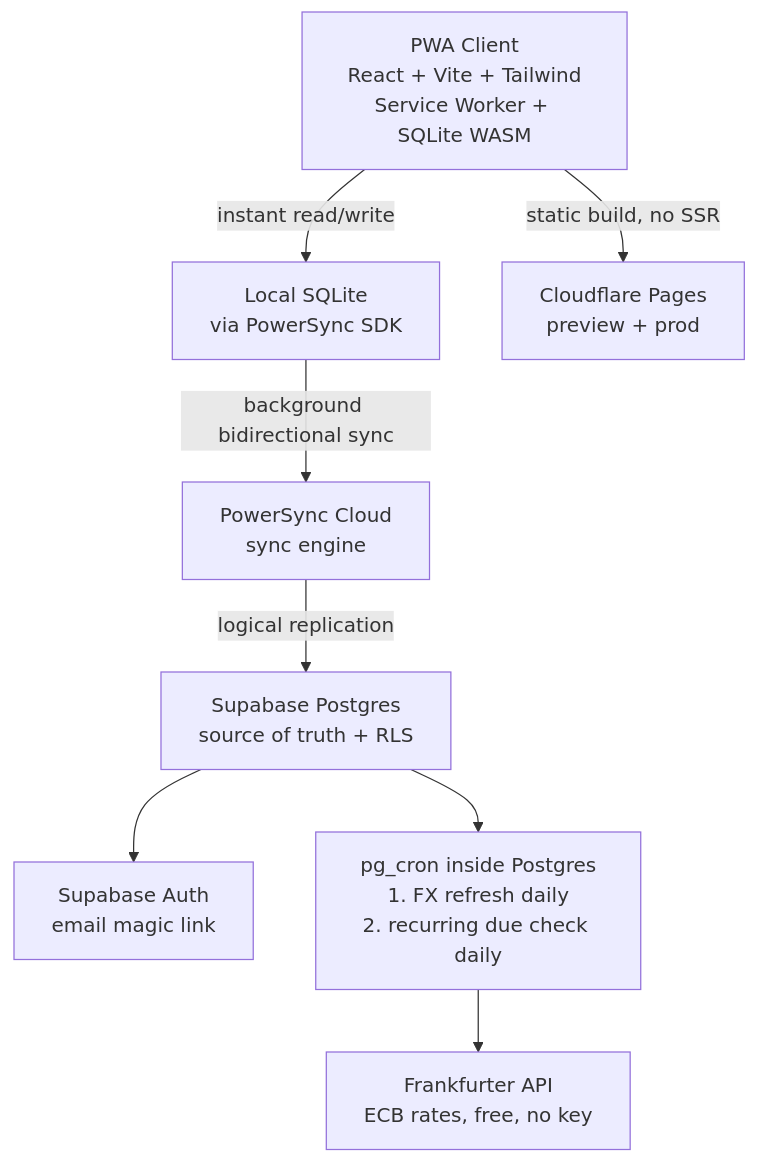
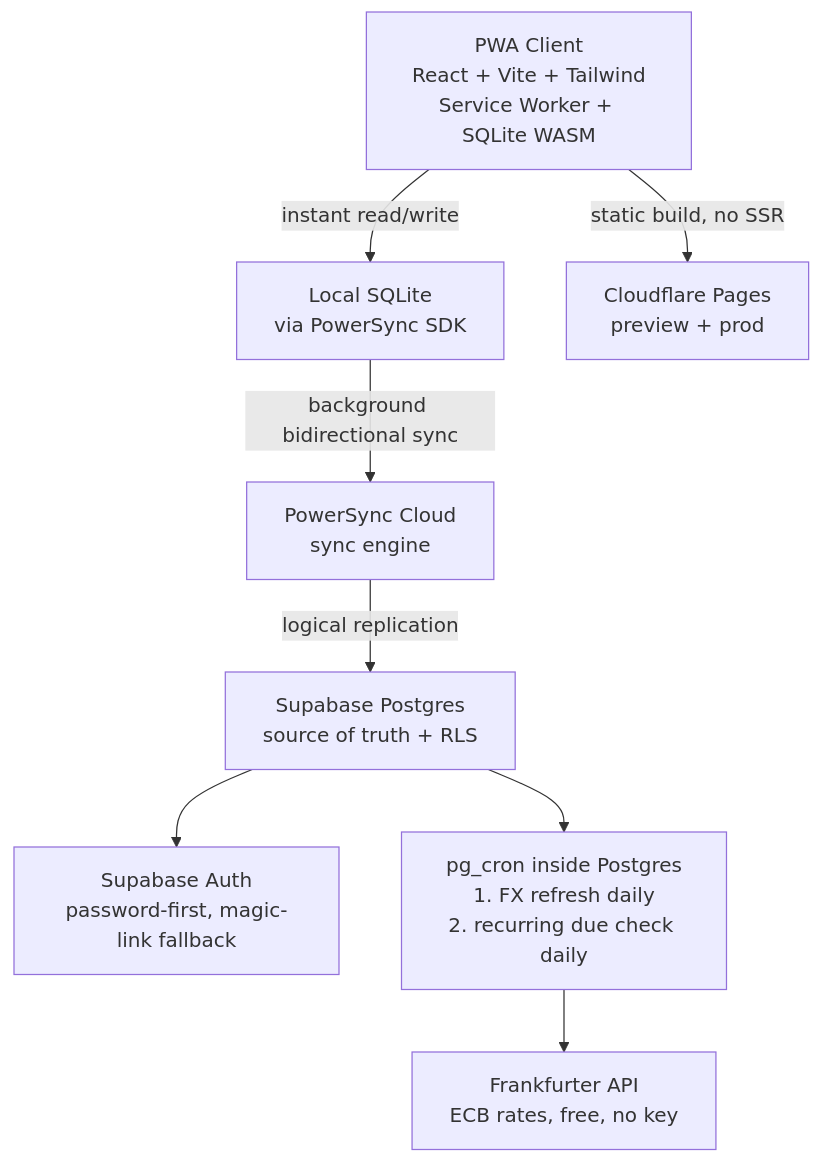
The first of 4 diagrams in context-docs/architecture.md (angeljagsal/costia-app), drawn with Mermaid before and after one commit. The commit also changed other lines of this file, not shown here.

Commit message:
docs: architecture reflects password auth, 0009 schema, real folders and routes

````diff
--- a/context-docs/architecture.md
+++ b/context-docs/architecture.md
@@ -10,10 +10,10 @@
 ```mermaid
 flowchart TB
     PWA["PWA Client<br/>React + Vite + Tailwind<br/>Service Worker + SQLite WASM"] -->|instant read/write| LocalDB["Local SQLite<br/>via PowerSync SDK"]
     LocalDB -->|background bidirectional sync| PS["PowerSync Cloud<br/>sync engine"]
     PS -->|logical replication| PG["Supabase Postgres<br/>source of truth + RLS"]
-    PG --> AUTH["Supabase Auth<br/>email magic link"]
+    PG --> AUTH["Supabase Auth<br/>password-first, magic-link fallback"]
     PG --> CRON["pg_cron inside Postgres<br/>1. FX refresh daily<br/>2. recurring due check daily"]
     CRON --> FX["Frankfurter API<br/>ECB rates, free, no key"]
     PWA -->|static build, no SSR| CF["Cloudflare Pages<br/>preview + prod"]
 ```
````
